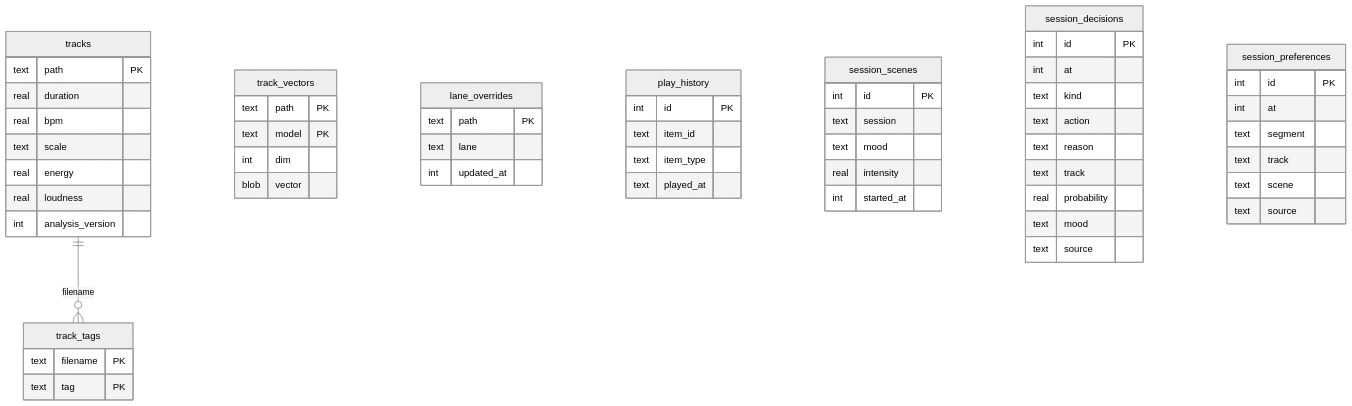
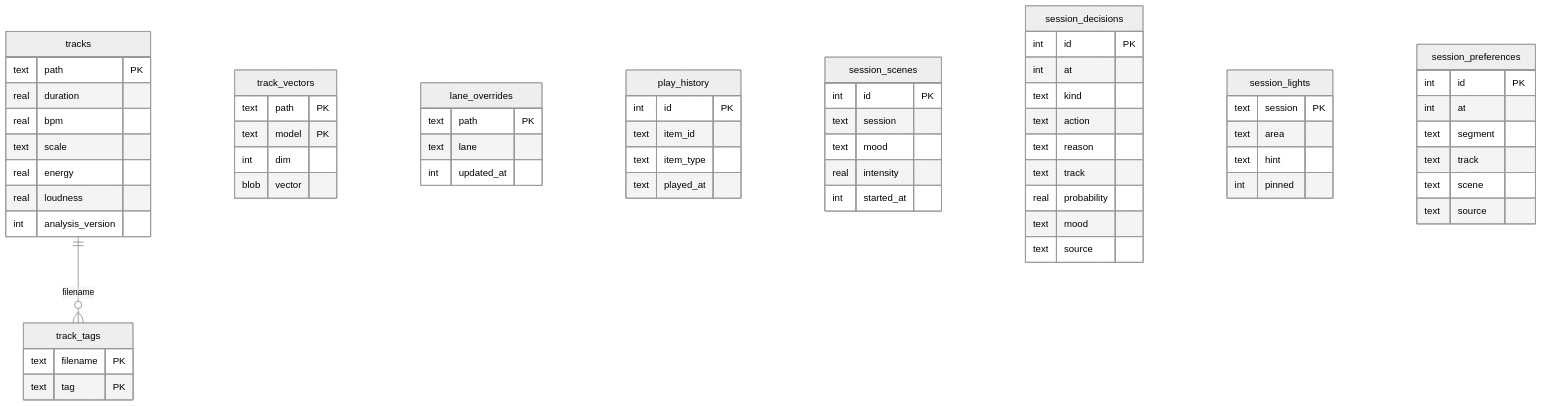
The sixth of 7 diagrams in docs/ARCHITECTURE.md (CodeAndJam/doty), drawn with Mermaid (neutral theme) before and after one commit. The commit also changed other lines of this file and 46 other files, not shown here.

First line of the commit message:
feat(session): room lights from the scene, and one console for both shelves (#149)

````diff
--- a/docs/ARCHITECTURE.md
+++ b/docs/ARCHITECTURE.md
@@ -238,60 +238,66 @@
 ```mermaid
 erDiagram
   tracks ||--o{ track_tags : "filename"
   tracks {
     text path PK
     real duration
     real bpm
     text scale
     real energy
     real loudness
     int analysis_version
   }
   track_tags {
     text filename PK
     text tag PK
   }
   track_vectors {
     text path PK
     text model PK
     int dim
     blob vector
   }
   lane_overrides {
     text path PK
     text lane
     int updated_at
   }
   play_history {
     int id PK
     text item_id
     text item_type
     text played_at
   }
   session_scenes {
     int id PK
     text session
     text mood
     real intensity
     int started_at
   }
   session_decisions {
     int id PK
     int at
     text kind
     text action
     text reason
     text track
     real probability
     text mood
     text source
   }
+  session_lights {
+    text session PK
+    text area
+    text hint
+    int pinned
+  }
   session_preferences {
     int id PK
     int at
     text segment
     text track
     text scene
     text source
   }
 ```
````
